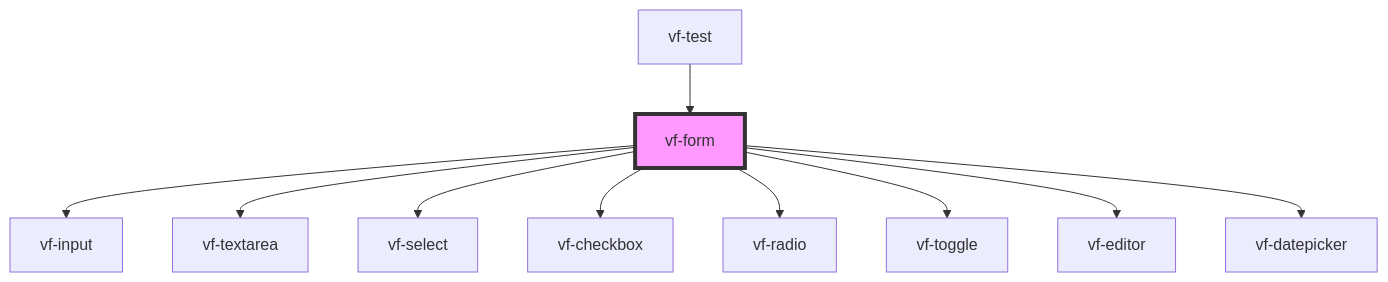
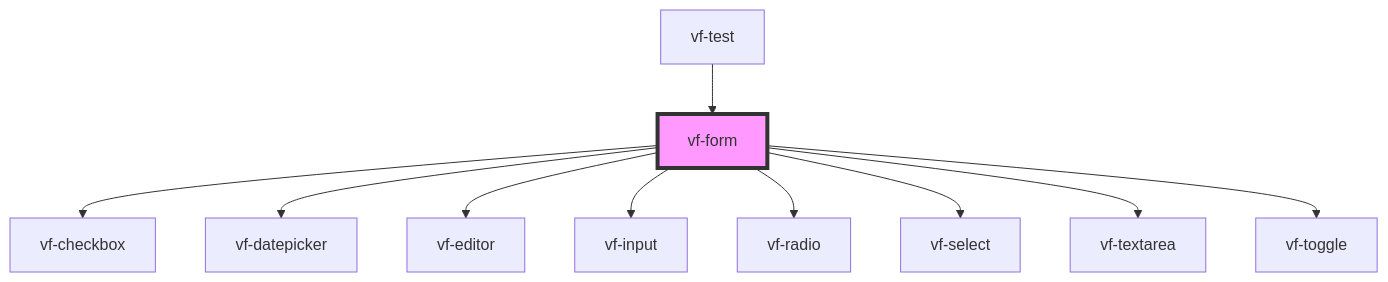
Before and after one commit to ols87/formable: the diagram in src/components/form/readme.md, drawn with Mermaid. The commit also changed other lines of this file and 14 other files, not shown here.

````diff
--- a/src/components/form/readme.md
+++ b/src/components/form/readme.md
@@ -36,13 +42,13 @@
 ```mermaid
 graph TD;
+  vf-form --> vf-checkbox
+  vf-form --> vf-datepicker
+  vf-form --> vf-editor
   vf-form --> vf-input
+  vf-form --> vf-radio
+  vf-form --> vf-select
   vf-form --> vf-textarea
-  vf-form --> vf-select
-  vf-form --> vf-checkbox
-  vf-form --> vf-radio
   vf-form --> vf-toggle
-  vf-form --> vf-editor
-  vf-form --> vf-datepicker
   vf-test --> vf-form
   style vf-form fill:#f9f,stroke:#333,stroke-width:4px
 ```
````
